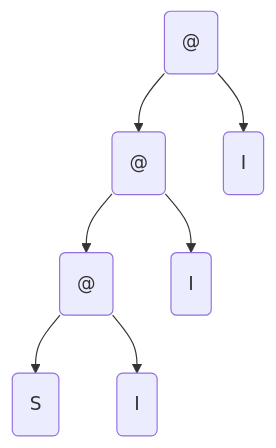
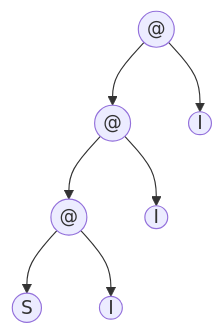
One commit to Juemuren/graph-reduction-machine changed the first of 5 diagrams in examples/ski/README.md. Above: the diagram before and after it, drawn with Mermaid. The commit also changed other lines of this file, not shown here.

Commit message:
examples: 修改 Mermaid 图为圆形节点

````diff
--- a/examples/ski/README.md
+++ b/examples/ski/README.md
@@ -93,16 +93,16 @@
 ```mermaid
 flowchart TD
-    0("@")
-    1("@")
-    2("@")
-    3("S")
-    4("I")
-    5("I")
-    6("I")
+    0(("@"))
+    1(("@"))
+    2(("@"))
+    3(("S"))
+    4(("I"))
+    5(("I"))
+    6(("I"))
     0 --> 1
     0 --> 6
     1 --> 2
     1 --> 5
     2 --> 3
     2 --> 4
 ```
````
